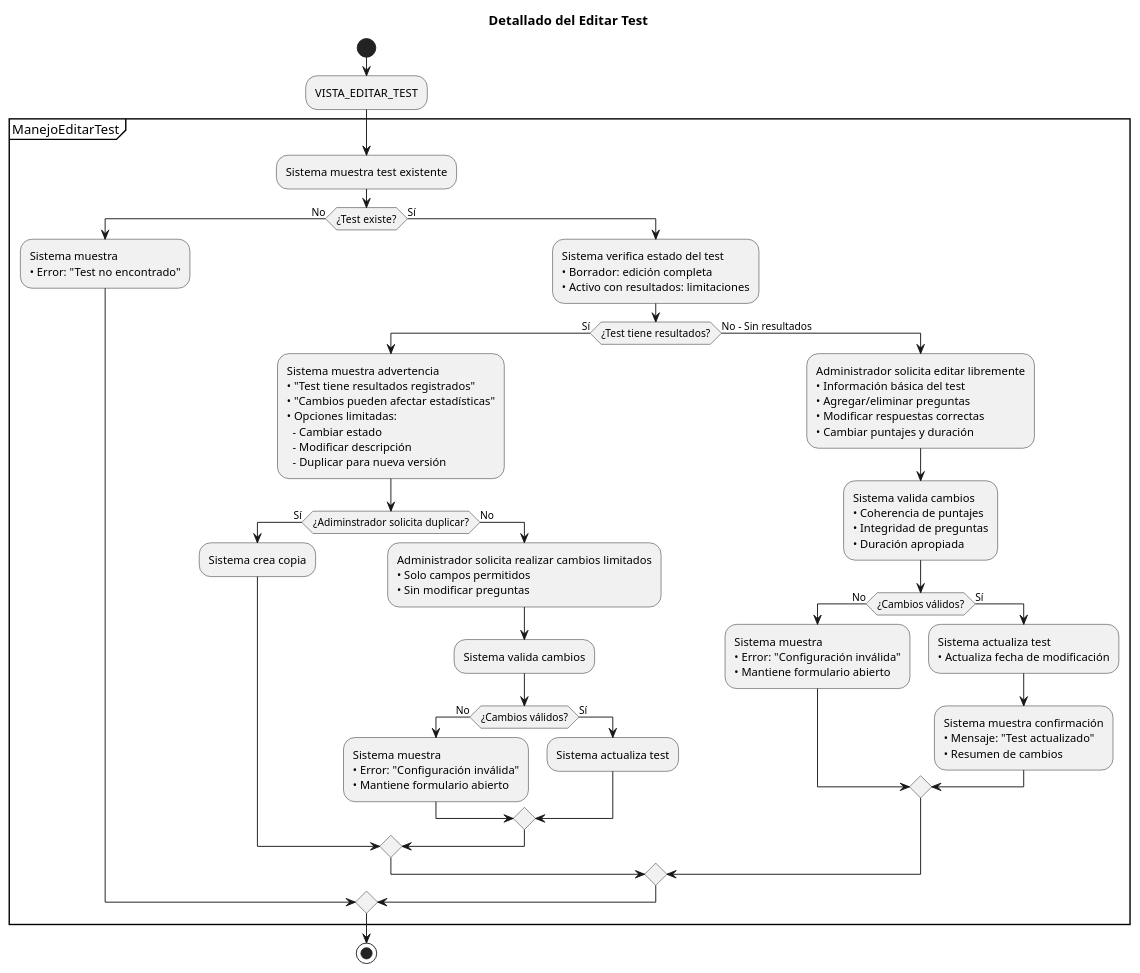
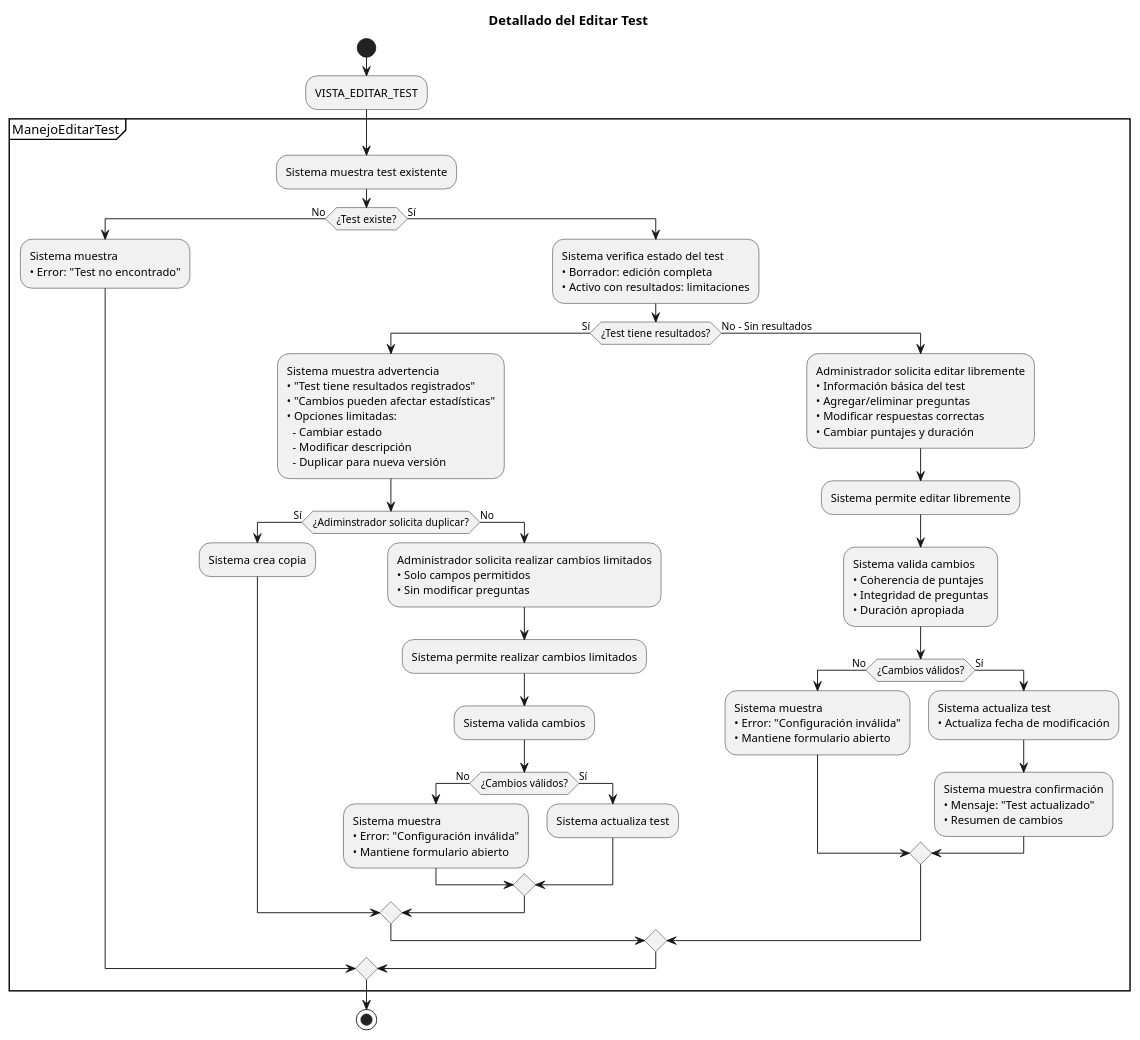
Before and after one commit to Dievex/24-25-IdSw1-SDR: the diagram in casos_de_uso/diagramas_casos_de_uso_detallados/editar_test.puml, drawn with PlantUML. The commit also changed 9 other files, not shown here.

Commit message:
docs(use-case-diagrams): add system permission steps to detailed use case diagrams

```diff
--- a/casos_de_uso/diagramas_casos_de_uso_detallados/editar_test.puml
+++ b/casos_de_uso/diagramas_casos_de_uso_detallados/editar_test.puml
@@ -1,87 +1,91 @@
 @startuml
 title Detallado del Editar Test
 
 start
 
 :VISTA_EDITAR_TEST;
 
 partition ManejoEditarTest {
   
   :Sistema muestra test existente;
   
   if (¿Test existe?) then (No)
     :Sistema muestra
     • Error: "Test no encontrado";
     
   else (Sí)
     :Sistema verifica estado del test
     • Borrador: edición completa
     • Activo con resultados: limitaciones;
     
     
     if (¿Test tiene resultados?) then (Sí)
       :Sistema muestra advertencia
       • "Test tiene resultados registrados"
       • "Cambios pueden afectar estadísticas"
       • Opciones limitadas:
         - Cambiar estado
         - Modificar descripción
         - Duplicar para nueva versión;
       
       if (¿Adiminstrador solicita duplicar?) then (Sí)
         :Sistema crea copia;
         
       else (No)
         :Administrador solicita realizar cambios limitados
         • Solo campos permitidos
         • Sin modificar preguntas;
+        
+        :Sistema permite realizar cambios limitados;
 
         :Sistema valida cambios;
 
         if (¿Cambios válidos?) then (No)
           :Sistema muestra
           • Error: "Configuración inválida"
           • Mantiene formulario abierto;
           
         else (Sí)
           :Sistema actualiza test;
           
         endif
         
       endif
       
     else (No - Sin resultados)
       :Administrador solicita editar libremente
       • Información básica del test
       • Agregar/eliminar preguntas
       • Modificar respuestas correctas
       • Cambiar puntajes y duración;
+
+      :Sistema permite editar libremente;
       
       :Sistema valida cambios
       • Coherencia de puntajes
       • Integridad de preguntas
       • Duración apropiada;
       
       if (¿Cambios válidos?) then (No)
         :Sistema muestra
         • Error: "Configuración inválida"
         • Mantiene formulario abierto;
         
       else (Sí)
         :Sistema actualiza test
         • Actualiza fecha de modificación;
         
         :Sistema muestra confirmación
         • Mensaje: "Test actualizado"
         • Resumen de cambios;
         
       endif
       
     endif
     
   endif
   
 }
 
 stop
 @enduml
```
